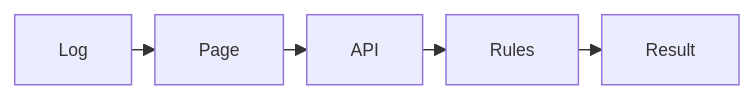
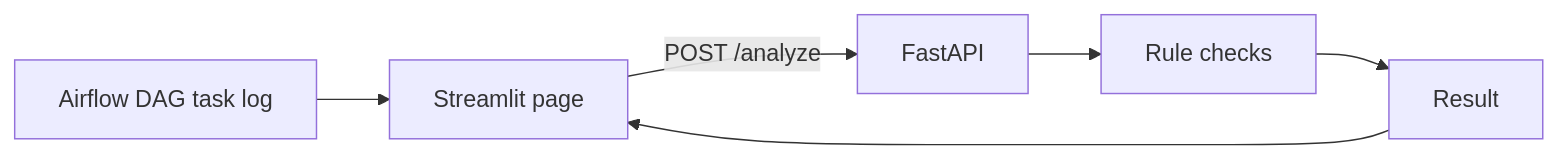
Before and after one commit to yang2695/airflow-ai-failure-analyzer: the diagram in README.md, drawn with Mermaid.

Commit message:
Restore architecture diagram and improve task details

````diff
--- a/README.md
+++ b/README.md
@@ -26,5 +26,8 @@
 ```mermaid
-%%{init: {"themeVariables": {"fontSize": "12px"}, "flowchart": {"nodeSpacing": 16, "rankSpacing": 16}} }%%
 flowchart LR
-  A[Log] --> B[Page] --> C[API] --> D[Rules] --> E[Result]
+  A[Airflow DAG task log] --> B[Streamlit page]
+  B -->|POST /analyze| C[FastAPI]
+  C --> D[Rule checks]
+  D --> E[Result]
+  E --> B
 ```
````
